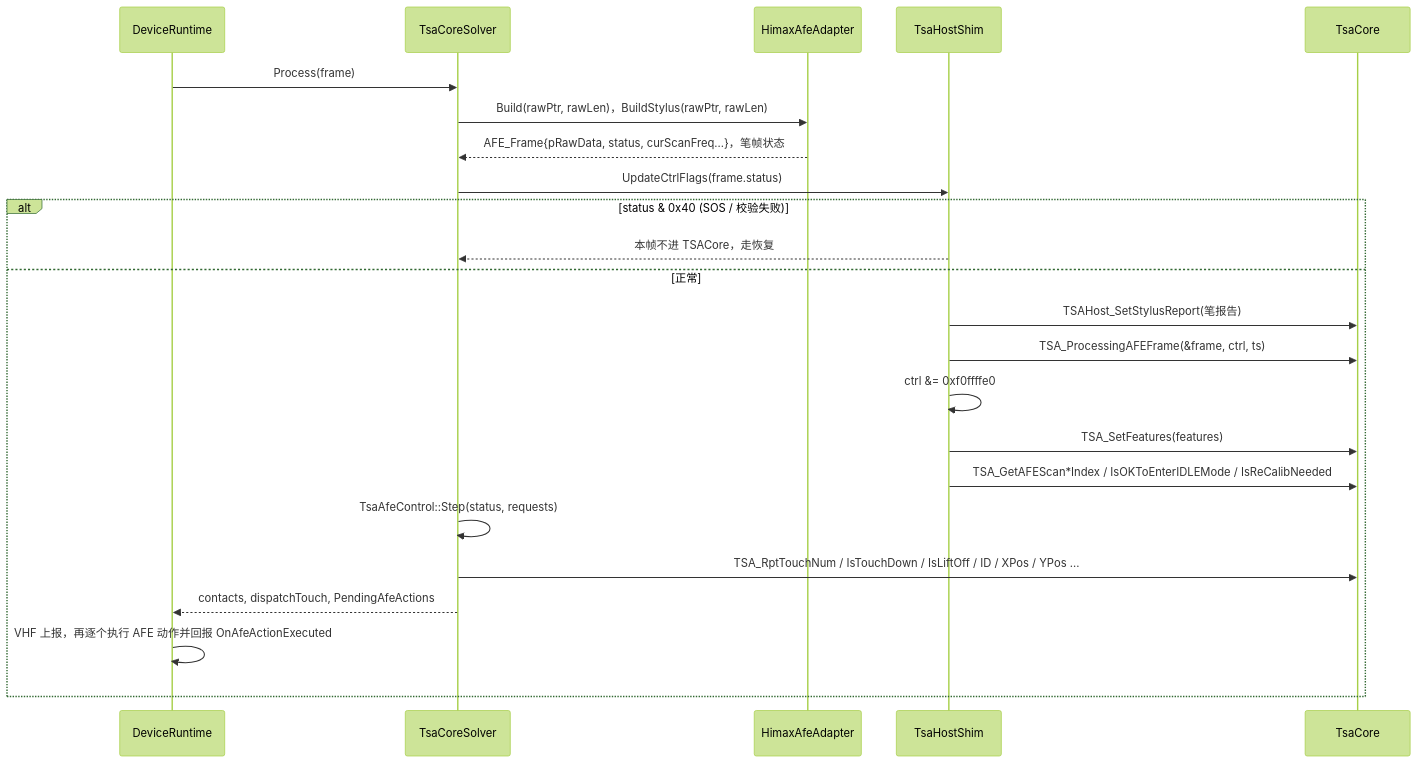
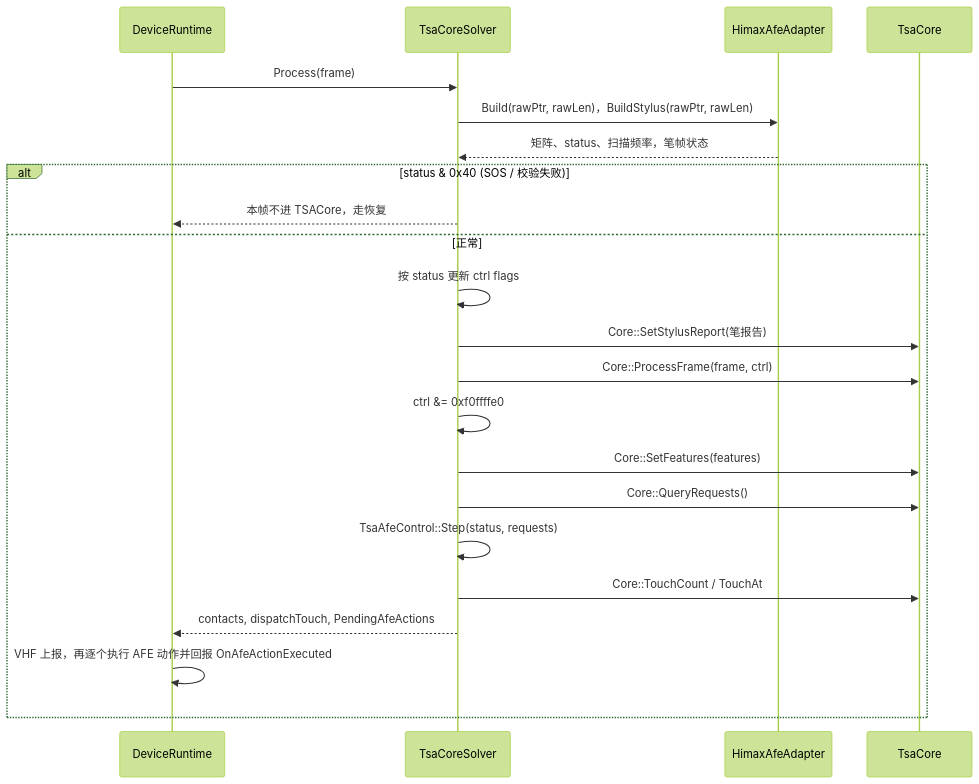
Before and after one commit to awarson2233/EGoTouchRev: the second of 10 diagrams in docs/finger_algorithms/tsacore-raw-integration.md, drawn with Mermaid (forest theme). The commit also changed other lines of this file and 34 other files, not shown here.

First line of the commit message:
refactor(tsacore): 宿主接口改成类型化的 TsaCore.h，删掉 shim 与核里的死代码

````diff
--- a/docs/finger_algorithms/tsacore-raw-integration.md
+++ b/docs/finger_algorithms/tsacore-raw-integration.md
@@ -40,25 +40,24 @@
 ```mermaid
 sequenceDiagram
     participant RT as DeviceRuntime
     participant S as TsaCoreSolver
     participant A as HimaxAfeAdapter
-    participant H as TsaHostShim
     participant T as TsaCore
     RT->>S: Process(frame)
     S->>A: Build(rawPtr, rawLen)，BuildStylus(rawPtr, rawLen)
-    A-->>S: AFE_Frame{pRawData, status, curScanFreq...}，笔帧状态
-    S->>H: UpdateCtrlFlags(frame.status)
+    A-->>S: 矩阵、status、扫描频率，笔帧状态
     alt status & 0x40 (SOS / 校验失败)
-        H-->>S: 本帧不进 TSACore，走恢复
+        S-->>RT: 本帧不进 TSACore，走恢复
     else 正常
-        H->>T: TSAHost_SetStylusReport(笔报告)
-        H->>T: TSA_ProcessingAFEFrame(&frame, ctrl, ts)
-        H->>H: ctrl &= 0xf0ffffe0
-        H->>T: TSA_SetFeatures(features)
-        H->>T: TSA_GetAFEScan*Index / IsOKToEnterIDLEMode / IsReCalibNeeded
+        S->>S: 按 status 更新 ctrl flags
+        S->>T: Core::SetStylusReport(笔报告)
+        S->>T: Core::ProcessFrame(frame, ctrl)
+        S->>S: ctrl &= 0xf0ffffe0
+        S->>T: Core::SetFeatures(features)
+        S->>T: Core::QueryRequests()
         S->>S: TsaAfeControl::Step(status, requests)
-        S->>T: TSA_RptTouchNum / IsTouchDown / IsLiftOff / ID / XPos / YPos ...
+        S->>T: Core::TouchCount / TouchAt
         S-->>RT: contacts, dispatchTouch, PendingAfeActions
         RT->>RT: VHF 上报，再逐个执行 AFE 动作并回报 OnAfeActionExecuted
     end
 ```
````
